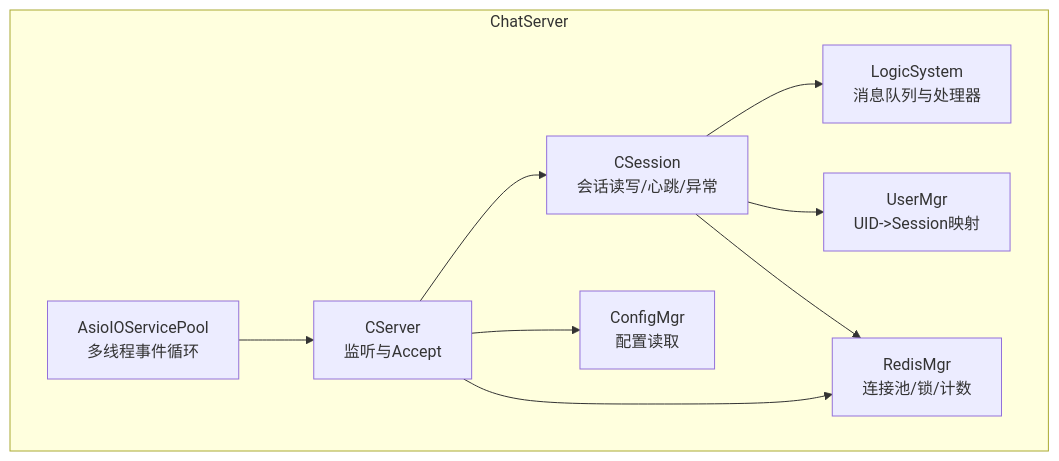
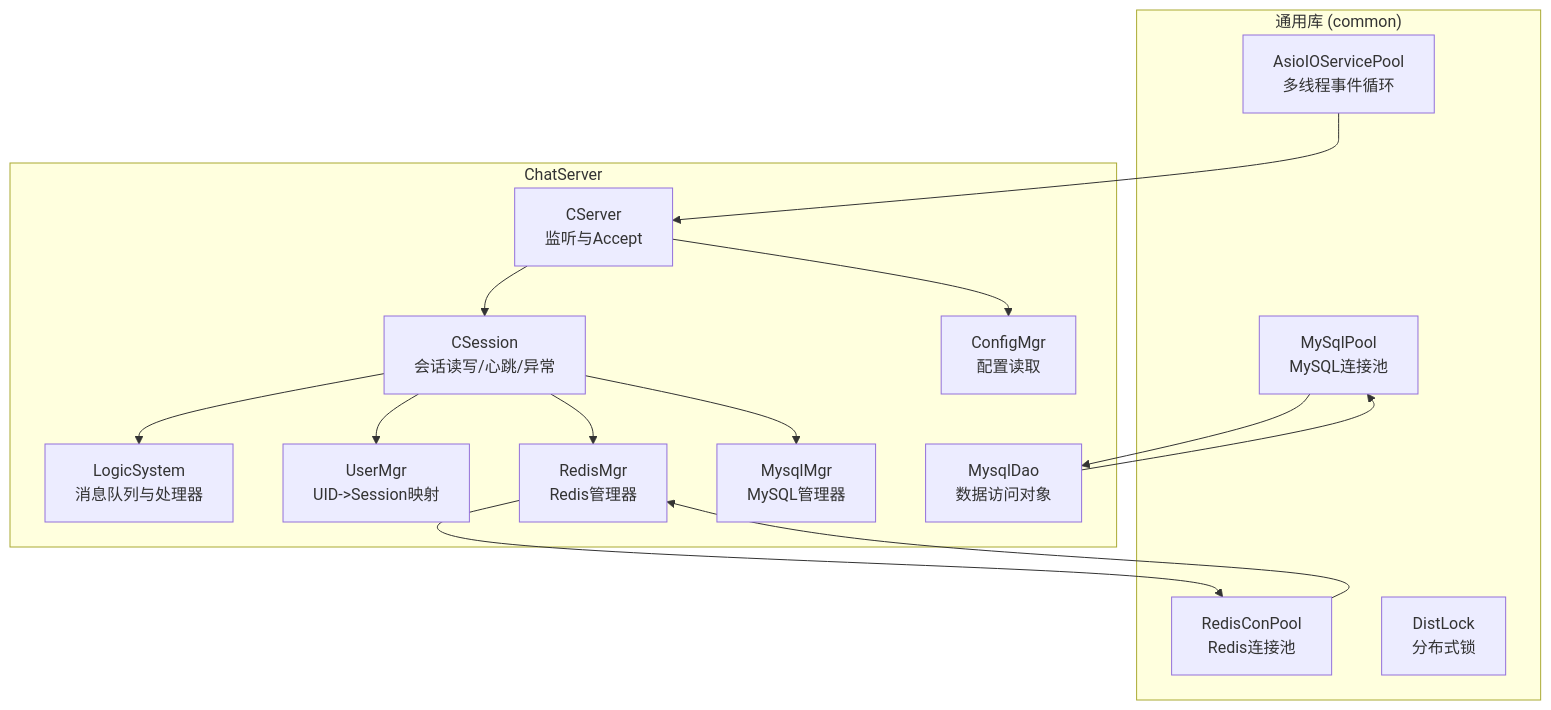
One commit to echo9923/mychatter changed the first of 8 diagrams in .qoder/repowiki/zh/content/性能优化/网络通信优化/连接池管理.md. Above: the diagram before and after it, drawn with Mermaid. The commit also changed other lines of this file and 107 other files, not shown here.

````diff
--- a/.qoder/repowiki/zh/content/性能优化/网络通信优化/连接池管理.md
+++ b/.qoder/repowiki/zh/content/性能优化/网络通信优化/连接池管理.md
@@ -41,19 +61,30 @@
 ```mermaid
 graph TB
+subgraph "通用库 (common)"
+A["AsioIOServicePool<br/>多线程事件循环"]
+B["RedisConPool<br/>Redis连接池"]
+C["MySqlPool<br/>MySQL连接池"]
+D["DistLock<br/>分布式锁"]
+end
 subgraph "ChatServer"
-A["AsioIOServicePool<br/>多线程事件循环"]
-B["CServer<br/>监听与Accept"]
-C["CSession<br/>会话读写/心跳/异常"]
-D["LogicSystem<br/>消息队列与处理器"]
-E["UserMgr<br/>UID->Session映射"]
-F["RedisMgr<br/>连接池/锁/计数"]
-G["ConfigMgr<br/>配置读取"]
+E["CServer<br/>监听与Accept"]
+F["CSession<br/>会话读写/心跳/异常"]
+G["LogicSystem<br/>消息队列与处理器"]
+H["UserMgr<br/>UID->Session映射"]
+I["RedisMgr<br/>Redis管理器"]
+J["MysqlMgr<br/>MySQL管理器"]
+K["MysqlDao<br/>数据访问对象"]
+L["ConfigMgr<br/>配置读取"]
 end
-A --> B
-B --> C
-C --> D
-C --> E
-C --> F
-B --> F
-B --> G
+A --> E
+B --> I
+C --> K
+I --> B
+K --> C
+E --> F
+F --> G
+F --> H
+F --> I
+F --> J
+E --> L
 ```
````
